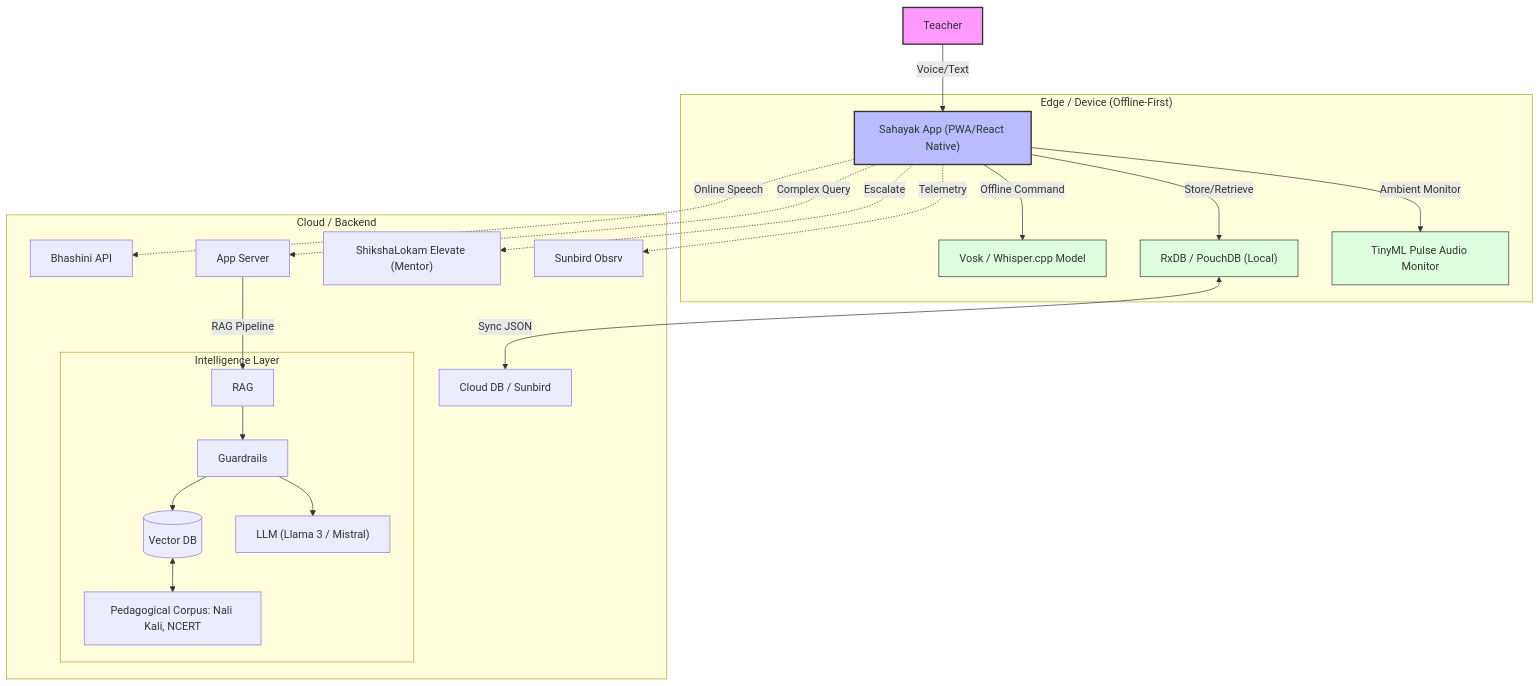
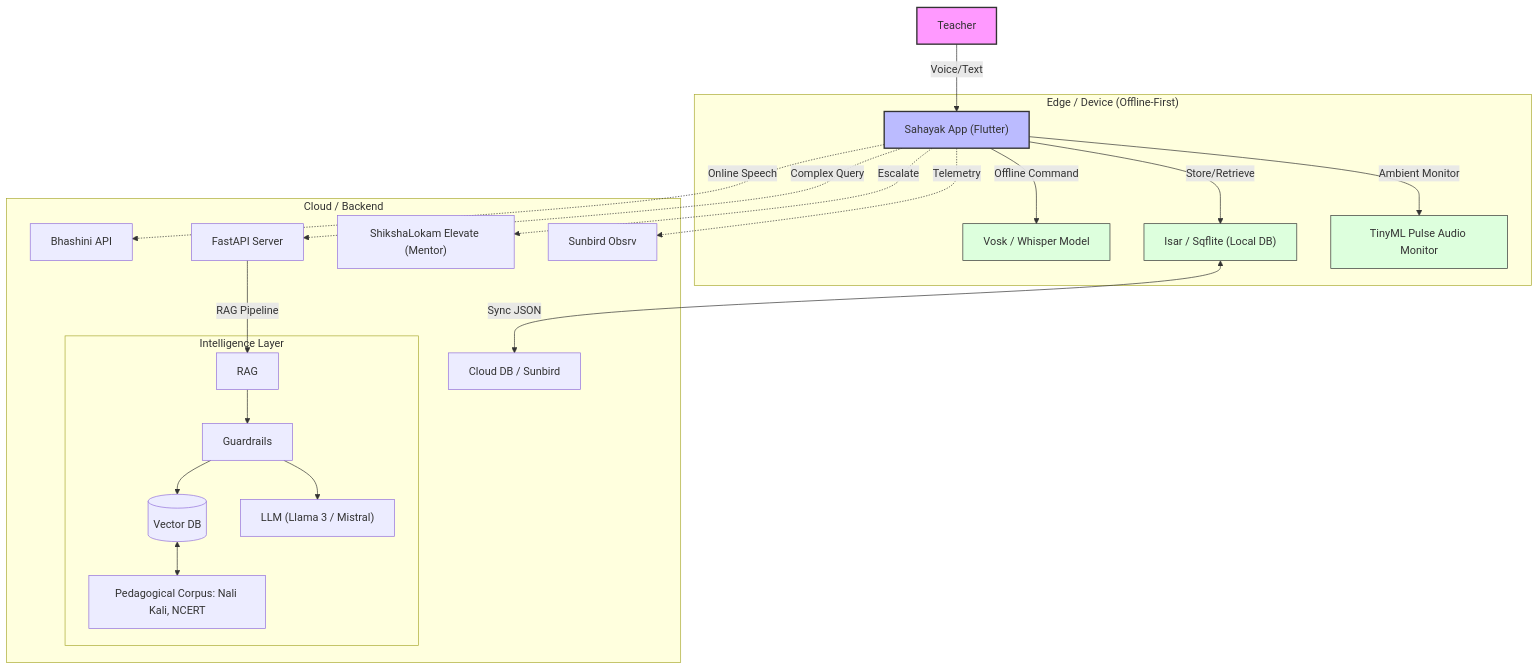
Before and after one commit to Nithin9585/Sahayak: the diagram in Problem_solution.md, drawn with Mermaid. The commit also changed other lines of this file and 1 other file, not shown here.

Commit message:
Migration: React Native to Flutter - Updated architecture and tasks

````diff
--- a/Problem_solution.md
+++ b/Problem_solution.md
@@ -66,34 +66,34 @@
 ```mermaid
 graph TD
-    User[Teacher] -->|Voice/Text| UI["Sahayak App (PWA/React Native)"]
+    User[Teacher] -->|Voice/Text| UI["Sahayak App (Flutter)"]
     
     subgraph "Edge / Device (Offline-First)"
-        UI -->|Offline Command| Vosk["Vosk / Whisper.cpp Model"]
-        UI -->|Store/Retrieve| RxDB["RxDB / PouchDB (Local)"]
+        UI -->|Offline Command| Vosk["Vosk / Whisper Model"]
+        UI -->|Store/Retrieve| DB["Isar / Sqflite (Local DB)"]
         UI -->|Ambient Monitor| TinyML["TinyML Pulse Audio Monitor"]
     end
     
     subgraph "Cloud / Backend"
         UI -.->|Online Speech| Bhashini["Bhashini API"]
-        RxDB <-->|Sync JSON| CouchDB["Cloud DB / Sunbird"]
+        DB <-->|Sync JSON| CouchDB["Cloud DB / Sunbird"]
         
-        UI -.->|Complex Query| Backend["App Server"]
+        UI -.->|Complex Query| Backend["FastAPI Server"]
         Backend -->|RAG Pipeline| RAG
         
         subgraph "Intelligence Layer"
             RAG --> Guardrails
             Guardrails --> VectorDB[("Vector DB")]
             Guardrails --> LLM["LLM (Llama 3 / Mistral)"]
             VectorDB <--> Corpus["Pedagogical Corpus: Nali Kali, NCERT"]
         end
         
         UI -.->|Escalate| Elevate["ShikshaLokam Elevate (Mentor)"]
         UI -.->|Telemetry| Obsrv["Sunbird Obsrv"]
     end
     
     style User fill:#f9f,stroke:#333,stroke-width:2px
     style UI fill:#bbf,stroke:#333,stroke-width:2px
-    style RxDB fill:#dfd,stroke:#333
+    style DB fill:#dfd,stroke:#333
     style Vosk fill:#dfd,stroke:#333
     style TinyML fill:#dfd,stroke:#333
 ```
````
